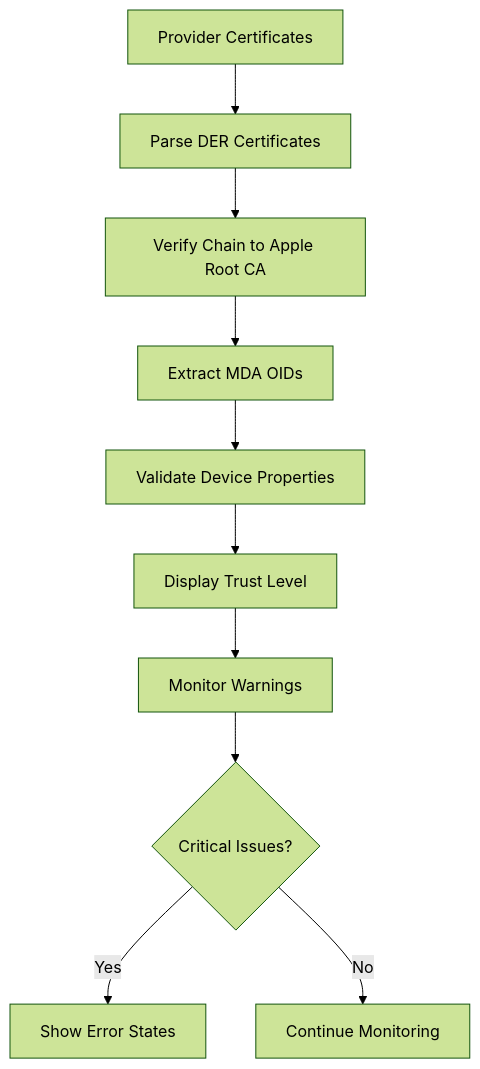
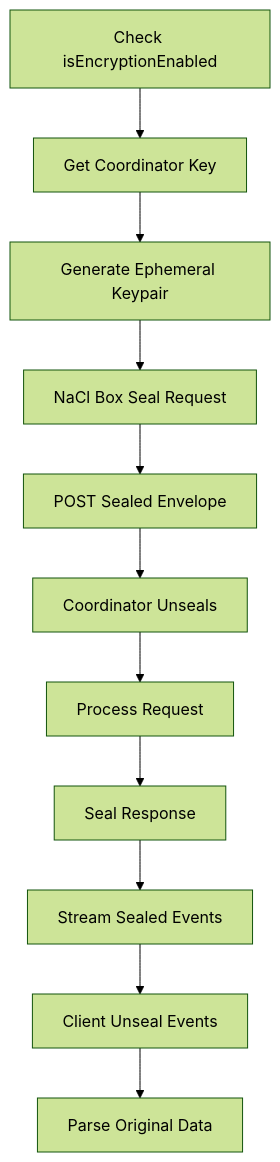
Before and after one commit to researchoors/knowledge-maintenance: the third of 3 diagrams in artifacts/d-inference/service_analyses/web.md, drawn with Mermaid (forest theme). The commit also changed other lines of this file and 23 other files, not shown here.

````diff
--- a/artifacts/d-inference/service_analyses/web.md
+++ b/artifacts/d-inference/service_analyses/web.md
@@ -122,12 +72,13 @@
 ```mermaid
 graph TD
-    A[Provider Certificates] --> B[Parse DER Certificates]
-    B --> C[Verify Chain to Apple Root CA]
-    C --> D[Extract MDA OIDs]
-    D --> E[Validate Device Properties]
-    E --> F[Display Trust Level]
-    F --> G[Monitor Warnings]
-    G --> H{Critical Issues?}
-    H -->|Yes| I[Show Error States]
-    H -->|No| J[Continue Monitoring]
+    A[Check isEncryptionEnabled] --> B[Get Coordinator Key]
+    B --> C[Generate Ephemeral Keypair]
+    C --> D[NaCl Box Seal Request]
+    D --> E[POST Sealed Envelope]
+    E --> F[Coordinator Unseals]
+    F --> G[Process Request]
+    G --> H[Seal Response]
+    H --> I[Stream Sealed Events]
+    I --> J[Client Unseal Events]
+    J --> K[Parse Original Data]
 ```
````
